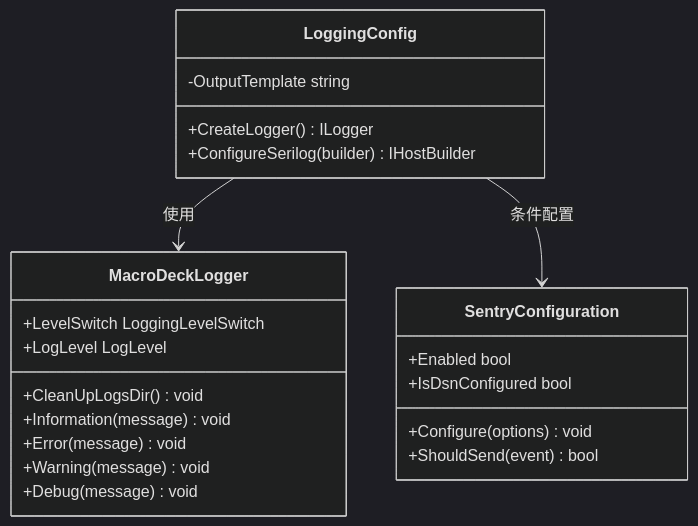
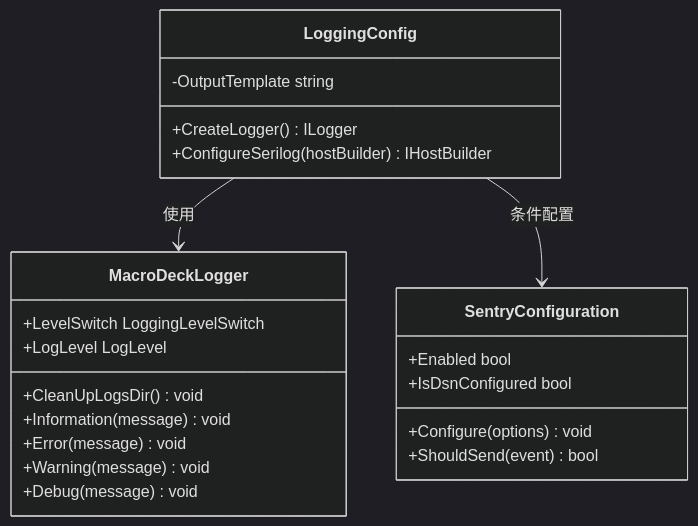
Before and after one commit to tea4go/Macro-Deck: the fifth of 9 diagrams in .qoder/repowiki/zh/content/配置管理系统/启动配置管理.md, drawn with Mermaid (dark theme). The commit also changed other lines of this file and 5 other files, not shown here.

````diff
--- a/.qoder/repowiki/zh/content/配置管理系统/启动配置管理.md
+++ b/.qoder/repowiki/zh/content/配置管理系统/启动配置管理.md
@@ -224,25 +245,25 @@
 ```mermaid
 classDiagram
 class LoggingConfig {
 +CreateLogger() ILogger
-+ConfigureSerilog(builder) IHostBuilder
++ConfigureSerilog(hostBuilder) IHostBuilder
 -OutputTemplate string
 }
 class MacroDeckLogger {
 +LevelSwitch LoggingLevelSwitch
 +LogLevel LogLevel
 +CleanUpLogsDir() void
 +Information(message) void
 +Error(message) void
 +Warning(message) void
 +Debug(message) void
 }
 class SentryConfiguration {
 +Enabled bool
 +IsDsnConfigured bool
 +Configure(options) void
 +ShouldSend(event) bool
 }
 LoggingConfig --> MacroDeckLogger : 使用
 LoggingConfig --> SentryConfiguration : 条件配置
 ```
````
